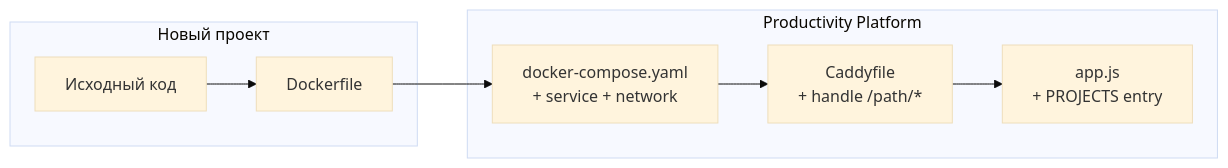
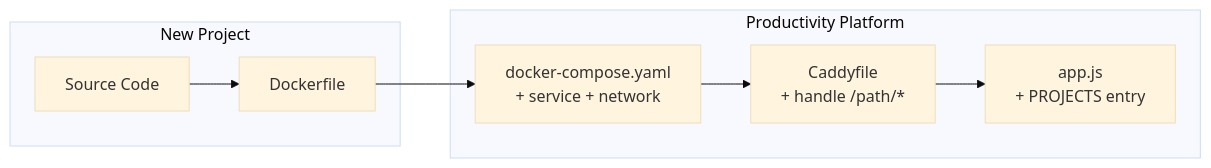
One commit to Finc8888/Dashboard changed the tenth of 13 diagrams in ARCHITECTURE.md. Above: the diagram before and after it, drawn with Mermaid (base theme). The commit also changed other lines of this file and 4 other files, not shown here.

````diff
--- a/ARCHITECTURE.md
+++ b/ARCHITECTURE.md
@@ -636,18 +636,18 @@
 ```mermaid
 flowchart LR
-    subgraph Project["Новый проект"]
-        SRC["Исходный код"]
+    subgraph Project["New Project"]
+        SRC["Source Code"]
         DOCK["Dockerfile"]
     end
 
     subgraph Platform["Productivity Platform"]
         COMPOSE["docker-compose.yaml<br/>+ service + network"]
         CADDY["Caddyfile<br/>+ handle /path/*"]
         APP_JS["app.js<br/>+ PROJECTS entry"]
     end
 
     SRC --> DOCK
     DOCK --> COMPOSE
     COMPOSE --> CADDY
     CADDY --> APP_JS
 ```
````
